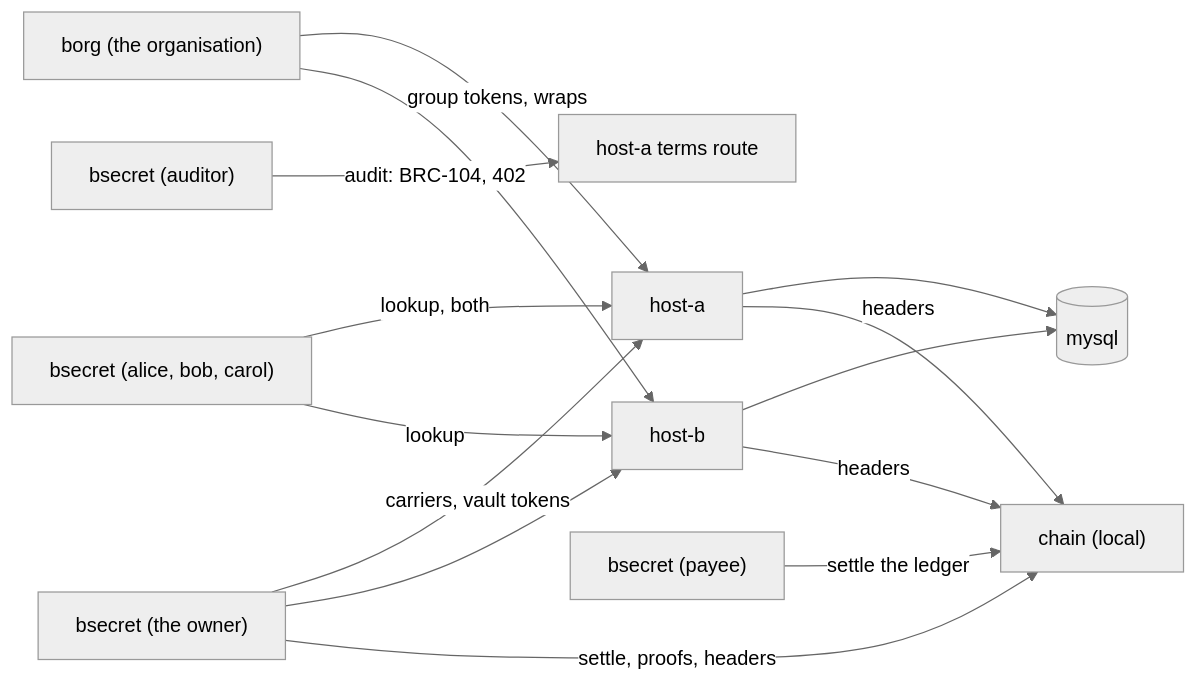
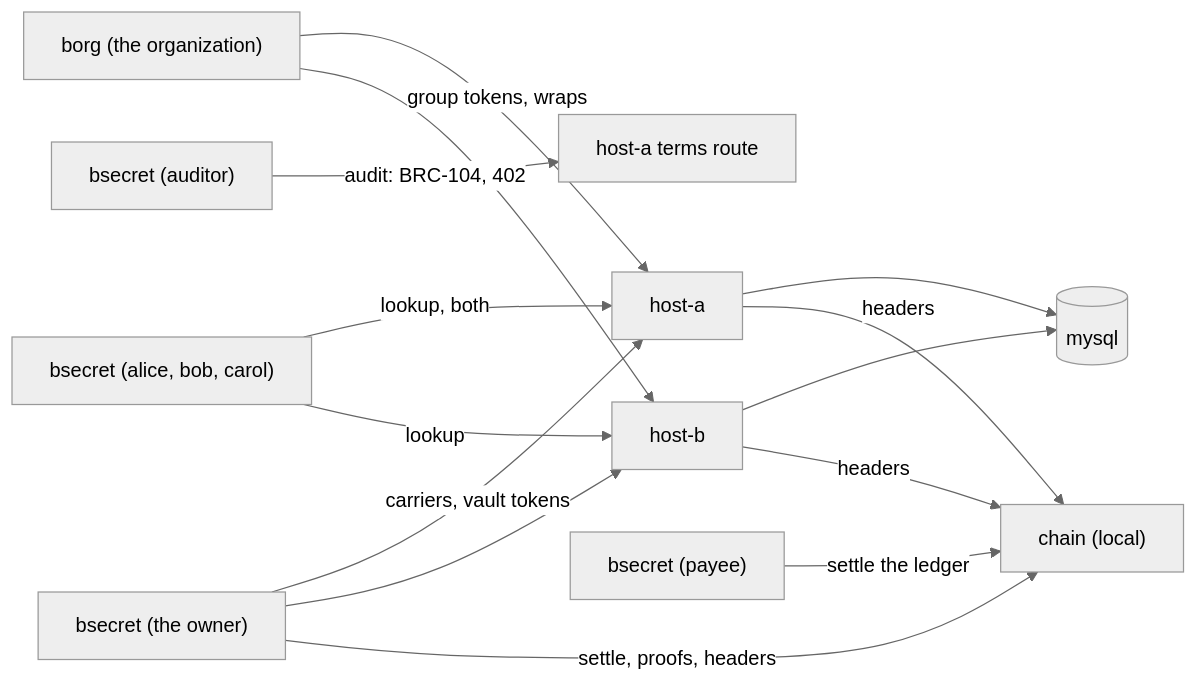
One commit to lightwebinc/bsecret changed the diagram in QUICKSTART.md. Above: the diagram before and after it, drawn with Mermaid (neutral theme). The commit also changed other lines of this file and 11 other files, not shown here.

````diff
--- a/QUICKSTART.md
+++ b/QUICKSTART.md
@@ -16,16 +87,16 @@
 ```mermaid
 flowchart LR
-  B["borg (the organisation)"] -->|"group tokens, wraps"| HA["host-a"]
+  B["borg (the organization)"] -->|"group tokens, wraps"| HA["host-a"]
   B --> HB["host-b"]
   O["bsecret (the owner)"] -->|"carriers, vault tokens"| HA
   O --> HB
   M["bsecret (alice, bob, carol)"] -->|"lookup, both"| HA
   M -->|lookup| HB
   A["bsecret (auditor)"] -->|"audit: BRC-104, 402"| T["host-a terms route"]
   P["bsecret (payee)"] -->|"settle the ledger"| C
   HA --> D[(mysql)]
   HB --> D
   O -->|"settle, proofs, headers"| C["chain (local)"]
   HA -->|headers| C
   HB -->|headers| C
 ```
````
